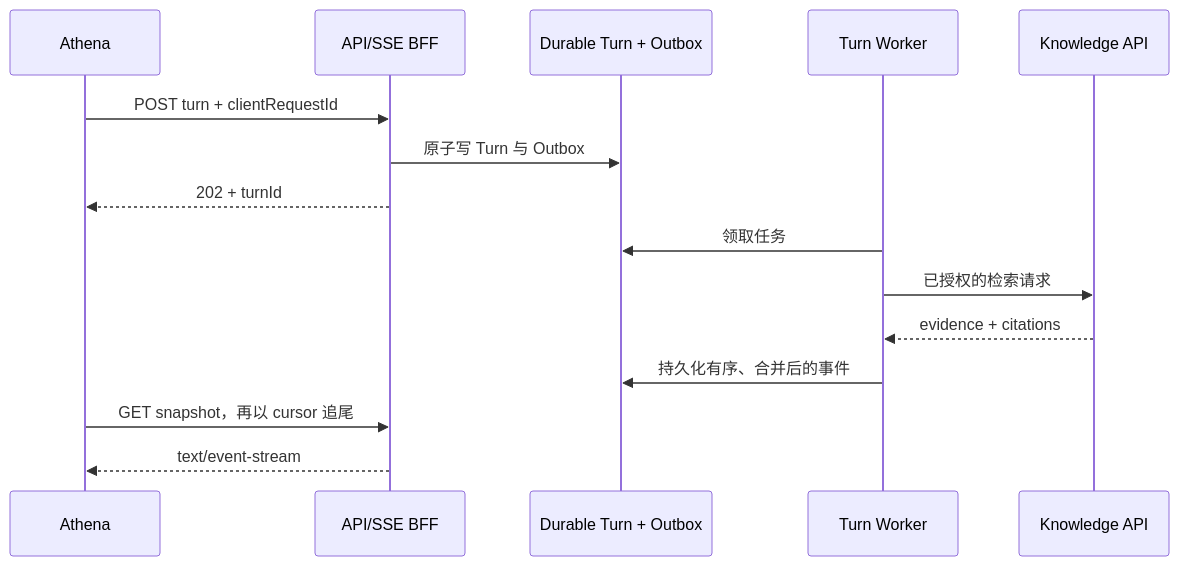
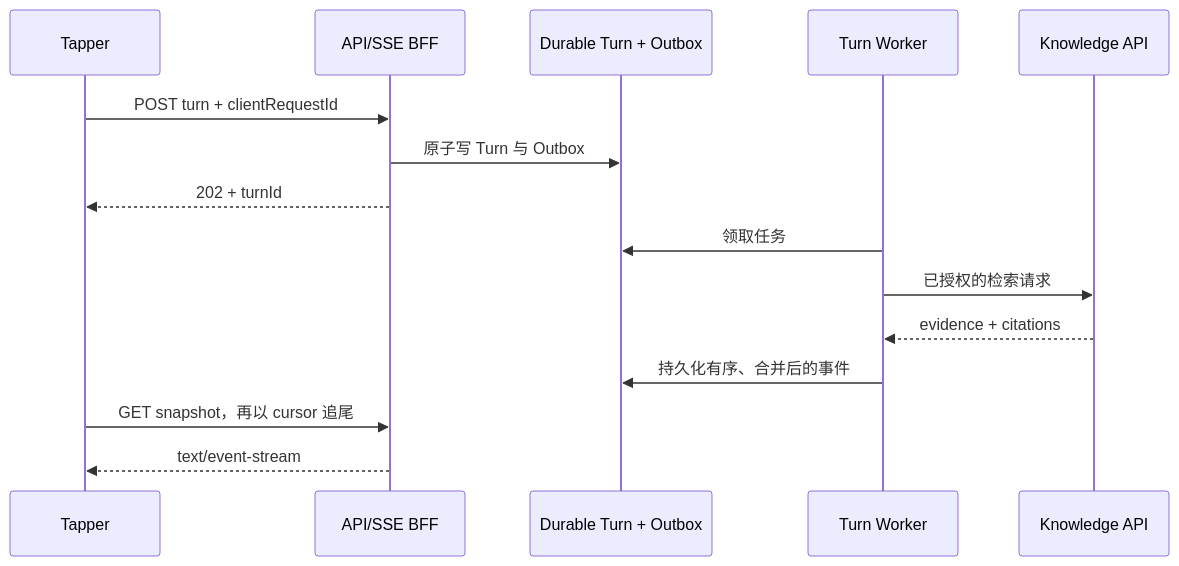
The diagram in docs/proposals/2026-08-23-rfc-003-phase-1-application-structure.md (patrickstarpty/tap), drawn with Mermaid before and after one commit. The commit also changed other lines of this file and 53 other files, not shown here.

````diff
--- a/docs/proposals/2026-08-23-rfc-003-phase-1-application-structure.md
+++ b/docs/proposals/2026-08-23-rfc-003-phase-1-application-structure.md
@@ -188,17 +190,17 @@
 ```mermaid
 sequenceDiagram
-    participant A as Athena
+    participant A as Tapper
     participant B as API/SSE BFF
     participant D as Durable Turn + Outbox
     participant W as Turn Worker
     participant K as Knowledge API
     A->>B: POST turn + clientRequestId
     B->>D: 原子写 Turn 与 Outbox
     B-->>A: 202 + turnId
     W->>D: 领取任务
     W->>K: 已授权的检索请求
     K-->>W: evidence + citations
     W->>D: 持久化有序、合并后的事件
     A->>B: GET snapshot，再以 cursor 追尾
     B-->>A: text/event-stream
 ```
````
